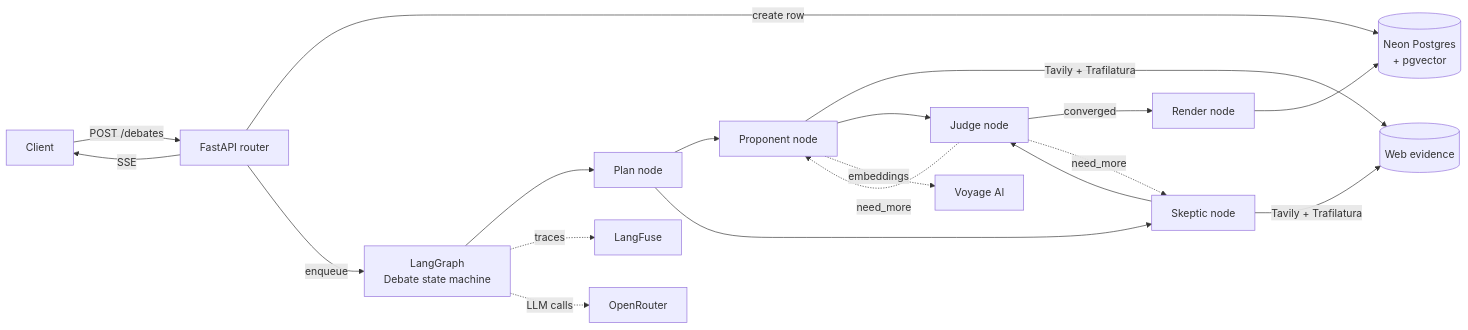
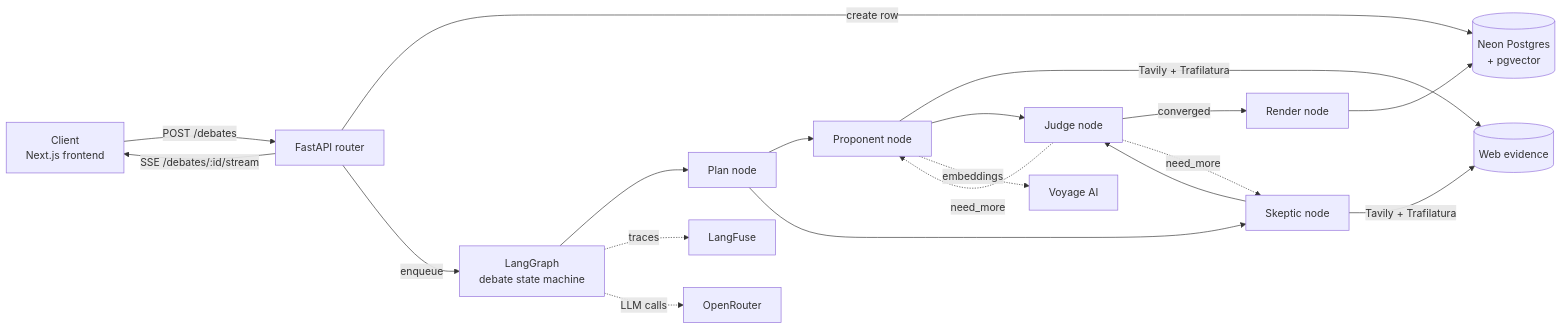
One commit to Abdul-Muizz1310/paper-trail-backend changed the first of 4 diagrams in docs/ARCHITECTURE.md. Above: the diagram before and after it, drawn with Mermaid. The commit also changed other lines of this file and 13 other files, not shown here.

````diff
--- a/docs/ARCHITECTURE.md
+++ b/docs/ARCHITECTURE.md
@@ -3,24 +5,24 @@
 ```mermaid
 flowchart LR
-    Client[Client] -->|POST /debates| API[FastAPI router]
+    Client[Client<br/>Next.js frontend] -->|POST /debates| API[FastAPI router]
     API -->|create row| DB[(Neon Postgres<br/>+ pgvector)]
-    API -->|enqueue| Graph[LangGraph<br/>Debate state machine]
+    API -->|enqueue| Graph[LangGraph<br/>debate state machine]
 
     Graph --> Plan[Plan node]
     Plan --> Prop[Proponent node]
     Plan --> Skep[Skeptic node]
     Prop -->|Tavily + Trafilatura| Web[(Web evidence)]
     Skep -->|Tavily + Trafilatura| Web
     Prop --> Judge[Judge node]
     Skep --> Judge
     Judge -->|converged| Render[Render node]
     Judge -.->|need_more| Prop
     Judge -.->|need_more| Skep
     Render --> DB
 
-    API -->|SSE| Client
+    API -->|SSE /debates/:id/stream| Client
 
     Graph -.->|traces| LF[LangFuse]
     Graph -.->|LLM calls| OR[OpenRouter]
     Prop -.->|embeddings| Voy[Voyage AI]
 ```
````
